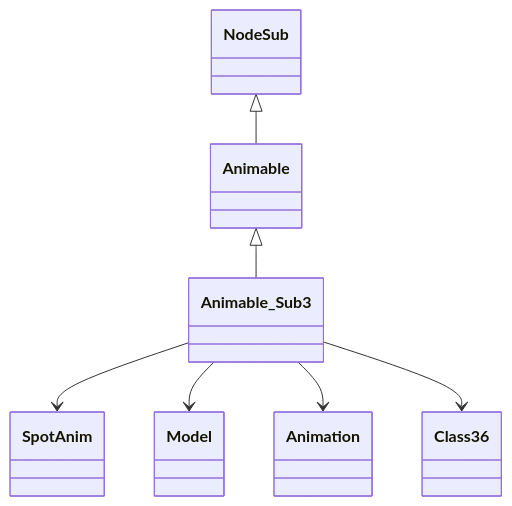
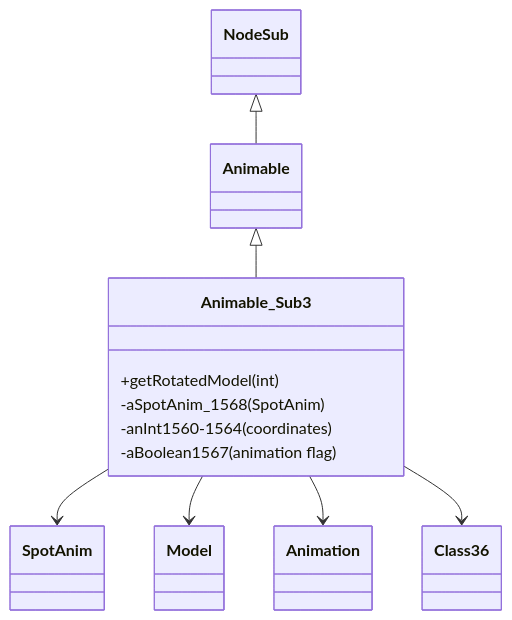
One commit to daxxog/solmud changed the diagram in bytecode/mapping/evidence/verified/Animable_Sub3_OJEALINP.md. Above: the diagram before and after it, drawn with Mermaid. The commit also changed other lines of this file and 38 other files, not shown here.

````diff
--- a/bytecode/mapping/evidence/verified/Animable_Sub3_OJEALINP.md
+++ b/bytecode/mapping/evidence/verified/Animable_Sub3_OJEALINP.md
@@ -9,9 +16,13 @@
 ```mermaid
 classDiagram
     NodeSub <|-- Animable
     Animable <|-- Animable_Sub3
     Animable_Sub3 --> SpotAnim
     Animable_Sub3 --> Model
     Animable_Sub3 --> Animation
     Animable_Sub3 --> Class36
+    Animable_Sub3 : +getRotatedModel(int)
+    Animable_Sub3 : -aSpotAnim_1568 (SpotAnim)
+    Animable_Sub3 : -anInt1560-1564 (coordinates)
+    Animable_Sub3 : -aBoolean1567 (animation flag)
 ```
````
